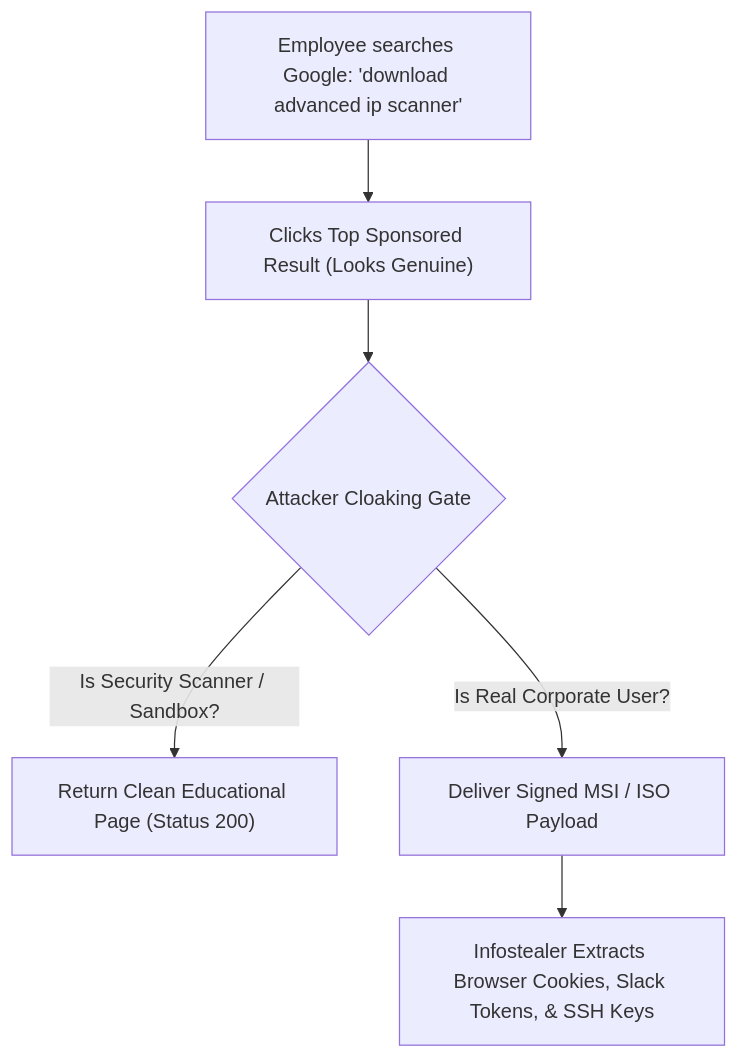
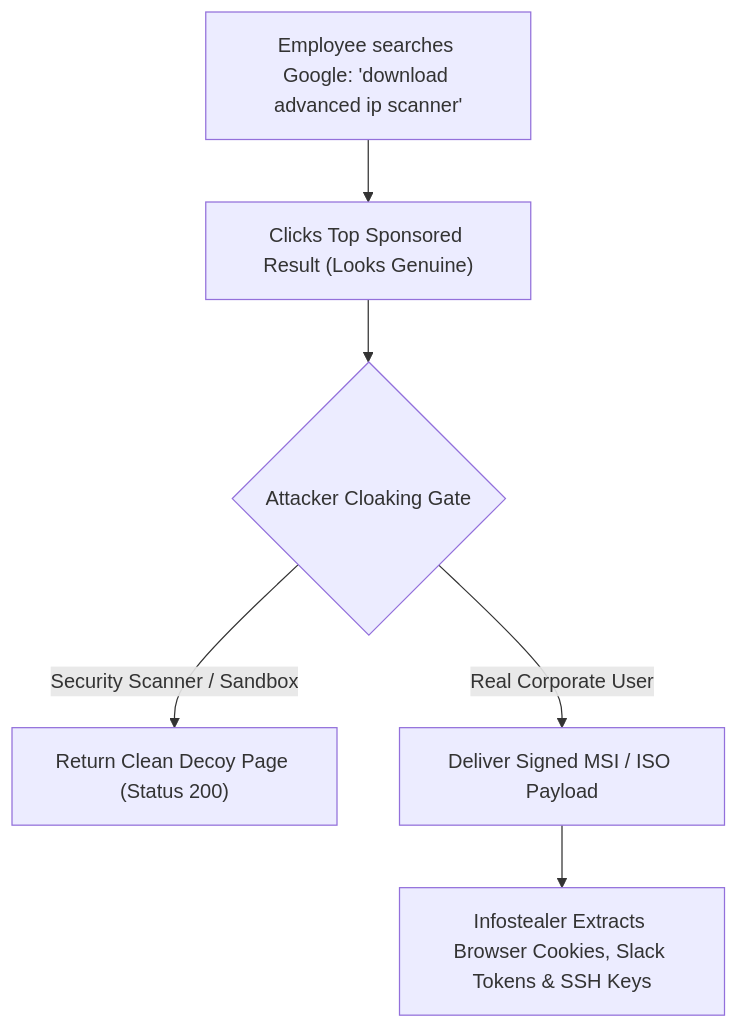
One commit to naimurhasan/naimurhasan.github.io changed the second of 2 diagrams in _posts/2026-11-24-serp-poisoning-how-search-results-are-hijacked.md. Above: the diagram before and after it, drawn with Mermaid. The commit also changed other lines of this file and 28 other files, not shown here.

Commit message:
style(blog): compact TL;DR boxes to single quote callout and fix SERP poisoning diagram

````diff
--- a/_posts/2026-11-24-serp-poisoning-how-search-results-are-hijacked.md
+++ b/_posts/2026-11-24-serp-poisoning-how-search-results-are-hijacked.md
@@ -86,8 +73,8 @@
 ```mermaid
 flowchart TD
   User["Employee searches Google: 'download advanced ip scanner'"] --> Click["Clicks Top Sponsored Result (Looks Genuine)"]
   Click --> Gate{"Attacker Cloaking Gate"}
-  Gate -- "Is Security Scanner / Sandbox?" --> Benign["Return Clean Educational Page (Status 200)"]
-  Gate -- "Is Real Corporate User?" --> Malicious["Deliver Signed MSI / ISO Payload"]
-  Malicious --> Stealer["Infostealer Extracts Browser Cookies, Slack Tokens, & SSH Keys"]
+  Gate -- "Security Scanner / Sandbox" --> Benign["Return Clean Decoy Page (Status 200)"]
+  Gate -- "Real Corporate User" --> Malicious["Deliver Signed MSI / ISO Payload"]
+  Malicious --> Stealer["Infostealer Extracts Browser Cookies, Slack Tokens & SSH Keys"]
 ```
````
